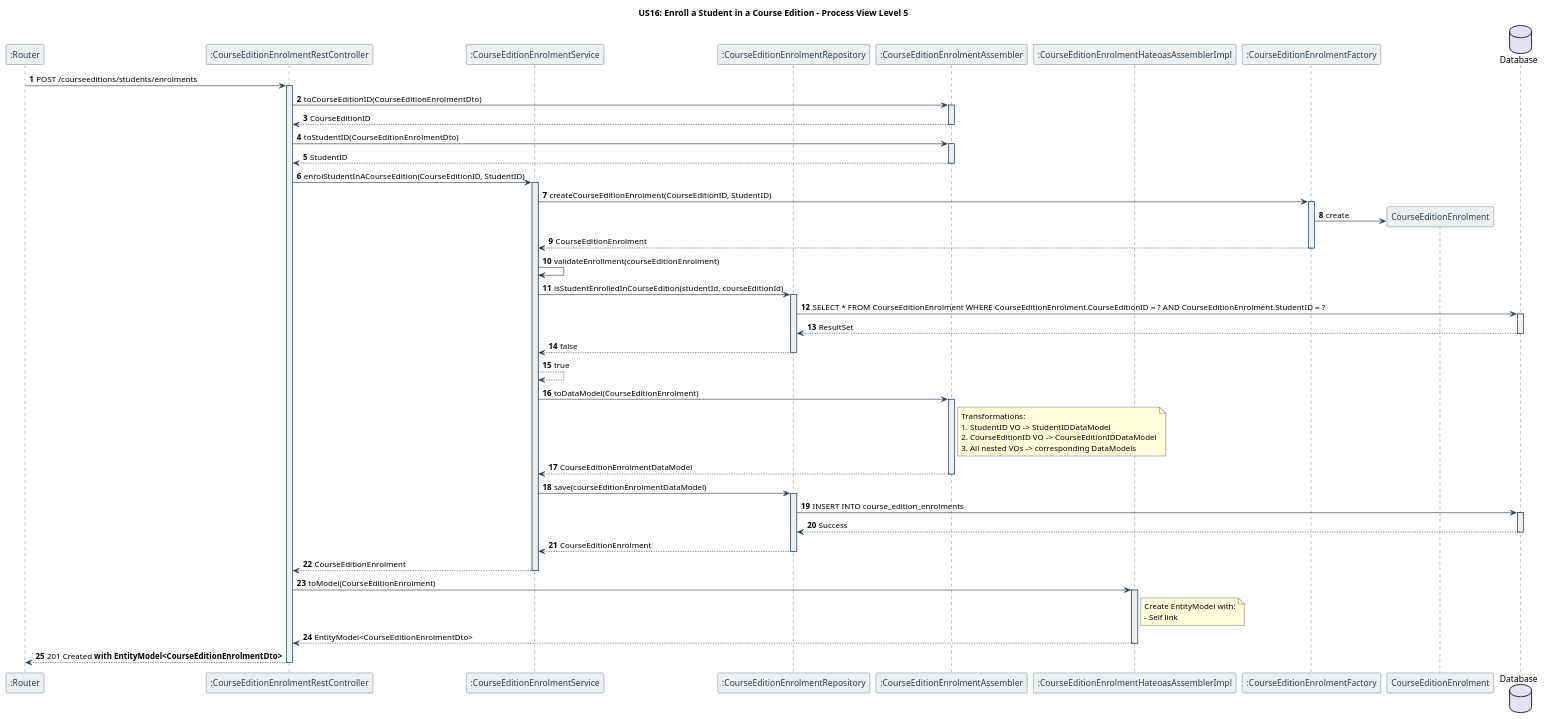
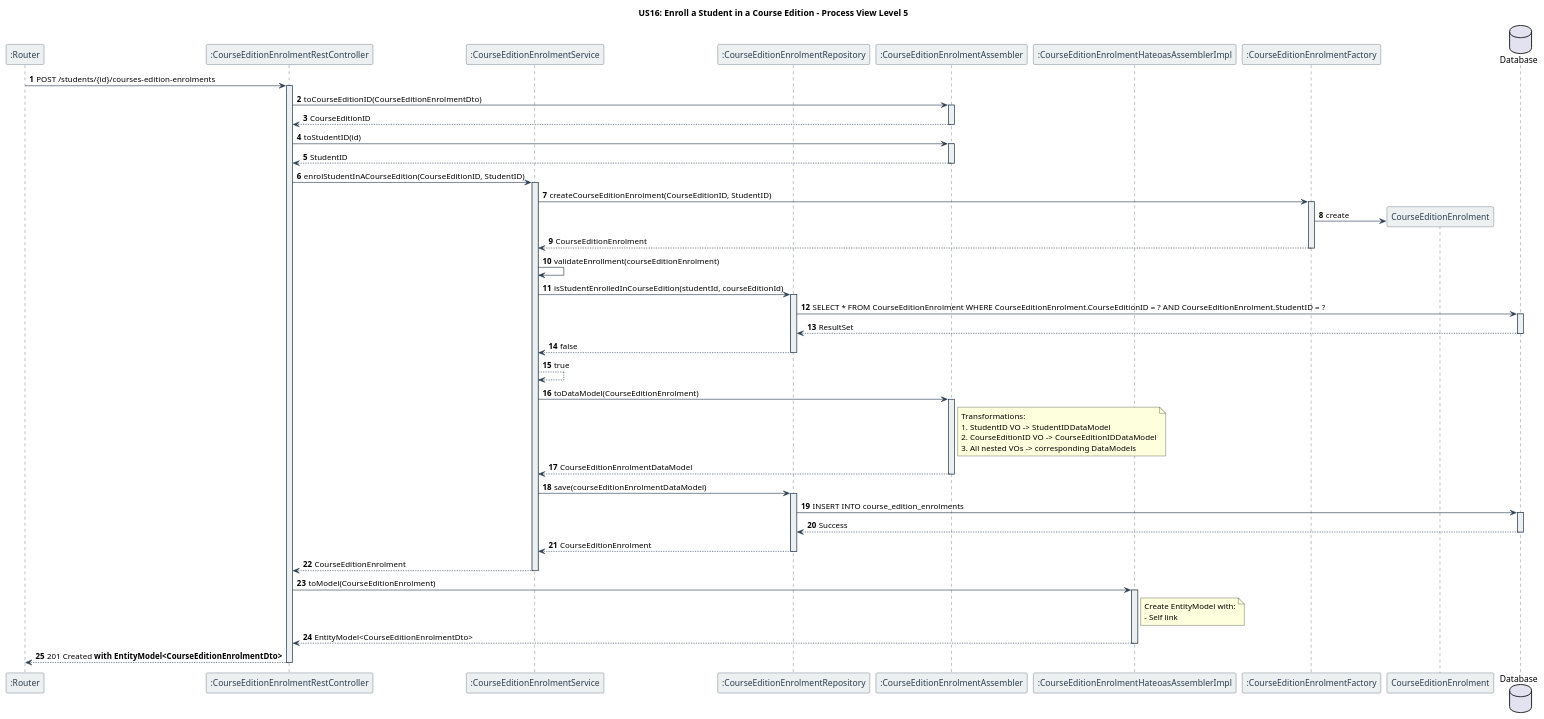
One commit to GasparISEP/DevOps-PAI changed the diagram in docs/US16/sprint6_RestController/scenario/US16_processView_level5.puml. Above: the diagram before and after it, drawn with PlantUML. The commit also changed 2 other files, not shown here.

Commit message:
docs (process): update endpoint paths in Level 3 and Level 4 process views for student course edition enrolments. refs #659

```diff
--- a/docs/US16/sprint6_RestController/scenario/US16_processView_level5.puml
+++ b/docs/US16/sprint6_RestController/scenario/US16_processView_level5.puml
@@ -1,99 +1,99 @@
 @startuml
 title US16: Enroll a Student in a Course Edition - Process View Level 5
 autonumber
 
 ' Set colors for different types of lines
 skinparam sequence {
     ArrowColor #2C3E50
     LifeLineBorderColor #2C3E50
     LifeLineBackgroundColor #ECF0F1
     ParticipantBorderColor #2C3E50
     ParticipantBackgroundColor #ECF0F1
     ParticipantFontColor #2C3E50
     ActorBorderColor #2C3E50
     ActorBackgroundColor #ECF0F1
     ActorFontColor #2C3E50
     DatabaseBorderColor #2C3E50
     DatabaseBackgroundColor #ECF0F1
     DatabaseFontColor #2C3E50
 }
 
 participant ":Router" as router
 participant ":CourseEditionEnrolmentRestController" as Controller
 participant ":CourseEditionEnrolmentService" as Service
 participant ":CourseEditionEnrolmentRepository" as Repository
 participant ":CourseEditionEnrolmentAssembler" as Assembler
 participant ":CourseEditionEnrolmentHateoasAssemblerImpl" as HateoasAssembler
 participant ":CourseEditionEnrolmentFactory" as Factory
 participant "CourseEditionEnrolment" as Enrolment
 
 database "Database" as DB
 
-router -> Controller: POST /courseeditions/students/enrolments
+router -> Controller: POST /students/{id}/courses-edition-enrolments
 activate Controller
 
 Controller -> Assembler: toCourseEditionID(CourseEditionEnrolmentDto)
 activate Assembler
 Assembler --> Controller: CourseEditionID
 deactivate Assembler
-Controller -> Assembler: toStudentID(CourseEditionEnrolmentDto)
+Controller -> Assembler: toStudentID(id)
 activate Assembler
 Assembler --> Controller: StudentID
 deactivate Assembler
 
 Controller -> Service: enrolStudentInACourseEdition(CourseEditionID, StudentID)
 activate Service
 Service -> Factory: createCourseEditionEnrolment(CourseEditionID, StudentID)
 activate Factory
 create Enrolment
 Factory -> Enrolment: create
 Factory --> Service: CourseEditionEnrolment
 deactivate Factory
 
 Service -> Service: validateEnrollment(courseEditionEnrolment)
 Service -> Repository: isStudentEnrolledInCourseEdition(studentId, courseEditionId)
 activate Repository
 Repository -> DB: SELECT * FROM CourseEditionEnrolment WHERE CourseEditionEnrolment.CourseEditionID = ? AND CourseEditionEnrolment.StudentID = ?
 activate DB
 DB --> Repository: ResultSet
 deactivate DB
 Repository --> Service: false
 deactivate Repository
 Service --> Service: true
 
 Service -> Assembler: toDataModel(CourseEditionEnrolment)
 activate Assembler
 note right of Assembler
   Transformations:
   1. StudentID VO -> StudentIDDataModel
   2. CourseEditionID VO -> CourseEditionIDDataModel
   3. All nested VOs -> corresponding DataModels
 end note
 Assembler --> Service: CourseEditionEnrolmentDataModel
 deactivate Assembler
 
 Service -> Repository: save(courseEditionEnrolmentDataModel)
 activate Repository
 Repository -> DB: INSERT INTO course_edition_enrolments
 activate DB
 DB --> Repository: Success
 deactivate DB
 Repository --> Service: CourseEditionEnrolment
 deactivate Repository
 
 Service --> Controller: CourseEditionEnrolment
 deactivate Service
 
 Controller -> HateoasAssembler: toModel(CourseEditionEnrolment)
 activate HateoasAssembler
 note right of HateoasAssembler
   Create EntityModel with:
   - Self link
 end note
 HateoasAssembler --> Controller: EntityModel<CourseEditionEnrolmentDto>
 deactivate HateoasAssembler
 
 Controller --> router: 201 Created **with EntityModel<CourseEditionEnrolmentDto>**
 deactivate Controller
 
 @enduml 
```
